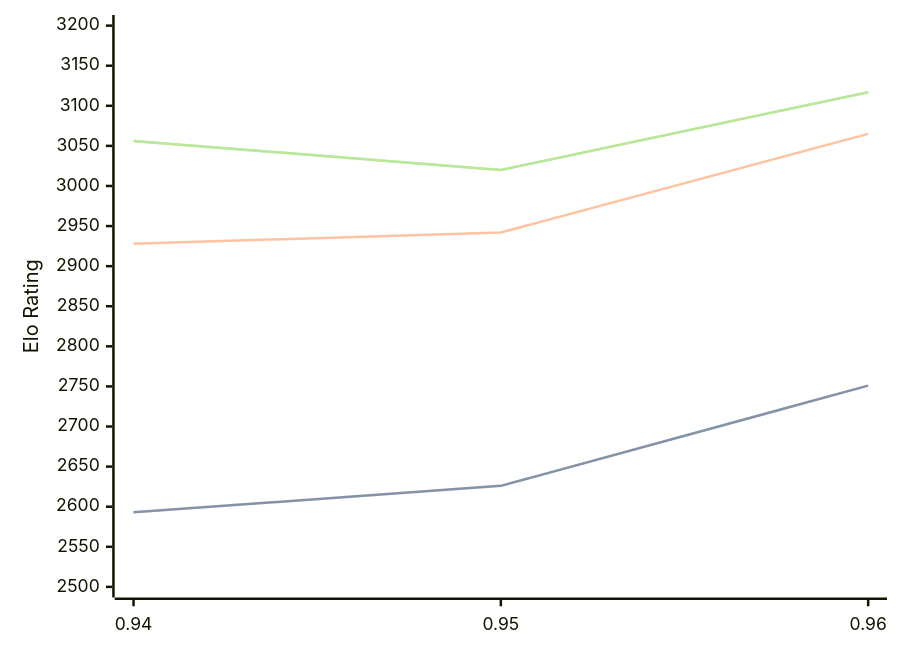
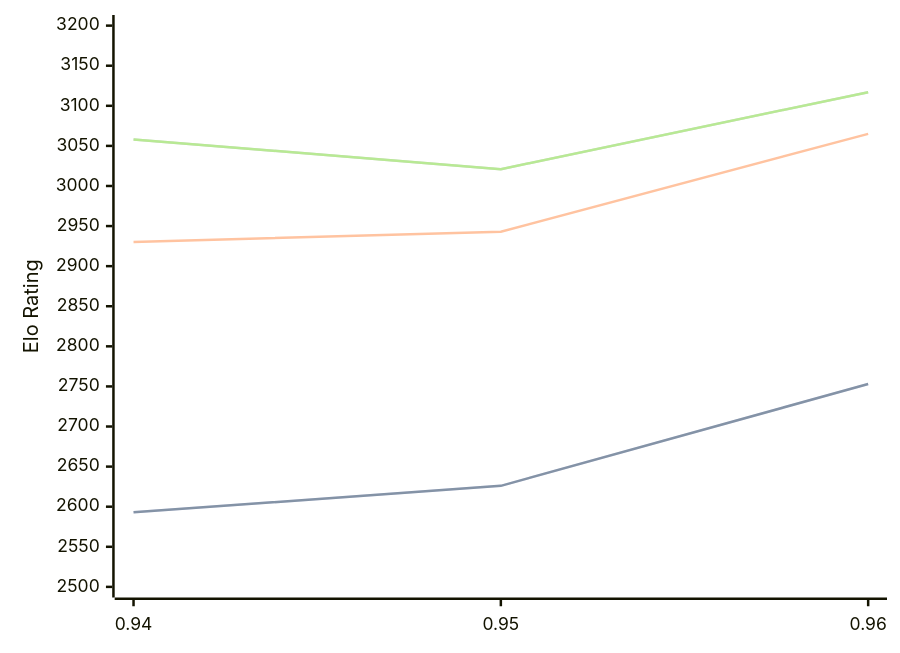
Before and after one commit to computer-chess-index/cci: the diagram in engines/Myrddin.md, drawn with Mermaid. The commit also changed other lines of this file, not shown here.

Commit message:
Update CCI Ratings (ELO VLTC) - 2026-08-29

````diff
--- a/engines/Myrddin.md
+++ b/engines/Myrddin.md
@@ -33,11 +33,11 @@
 ```mermaid
 %%{init: {"theme":"base","themeVariables":{"seriesColors:['#a3a3a3','#222221','#faa371']}}}%%
 xychart-beta
   x-axis ["0.94", "0.95", "0.96"]
   y-axis "Elo Rating" 2500 --> 3200
-  line "" [2593, 2626, 2751]
-  line "STC (8.0+0.08s)" [2593, 2626, 2751]
-  line "LTC (60.0+0.60s)" [2928, 2942, 3065]
-  line "" [3056, 3020, 3117]
-  line "VLTC (2m24s+1.12s)" [3056, 3020, 3117]
+  line "" [2593, 2626, 2753]
+  line "STC (8.0+0.08s)" [2593, 2626, 2753]
+  line "LTC (60.0+0.60s)" [2930, 2943, 3065]
+  line "" [3058, 3021, 3117]
+  line "VLTC (2m24s+1.12s)" [3058, 3021, 3117]
 ```
````
